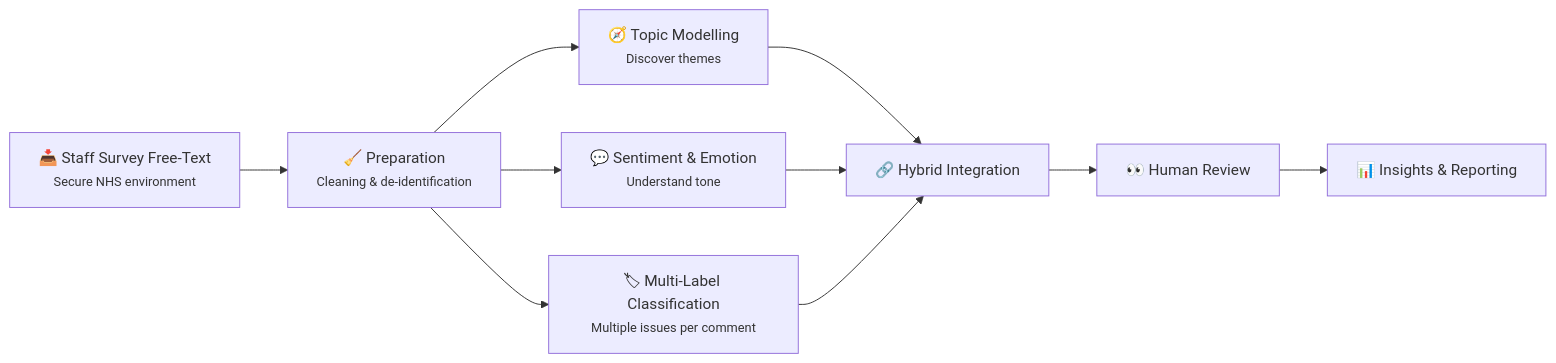
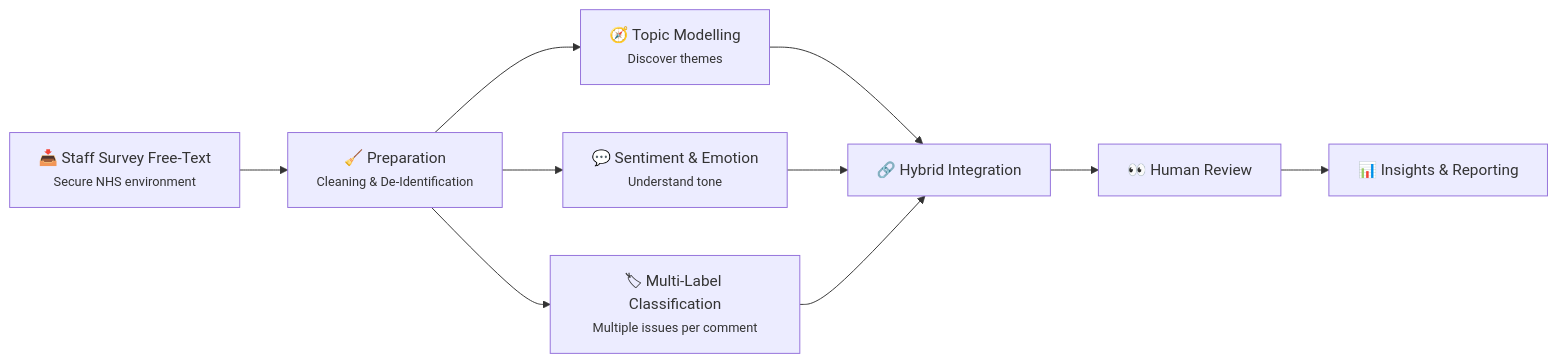
One commit to Krsetyi/Y3_EPA_NHS-Staff-Survey_NLP-Hybrid-Workflow changed the diagram in README.md. Above: the diagram before and after it, drawn with Mermaid.

````diff
--- a/README.md
+++ b/README.md
@@ -12,16 +12,16 @@
 ```mermaid
 flowchart LR
     A[📥 Staff Survey Free‑Text<br><small>Secure NHS environment</small>] --> 
-    B[🧹 Preparation<br><small>Cleaning & de‑identification</small>]
+    B[🧹 Preparation<br><small>Cleaning & De‑Identification</small>]
 
     B --> C[🧭 Topic Modelling<br><small>Discover themes</small>]
     B --> D[💬 Sentiment & Emotion<br><small>Understand tone</small>]
     B --> E[🏷 Multi‑Label Classification<br><small>Multiple issues per comment</small>]
 
     C --> F[🔗 Hybrid Integration]
     D --> F
     E --> F
 
     F --> G[👀 Human Review]
     G --> H[📊 Insights & Reporting]
 ```
````
